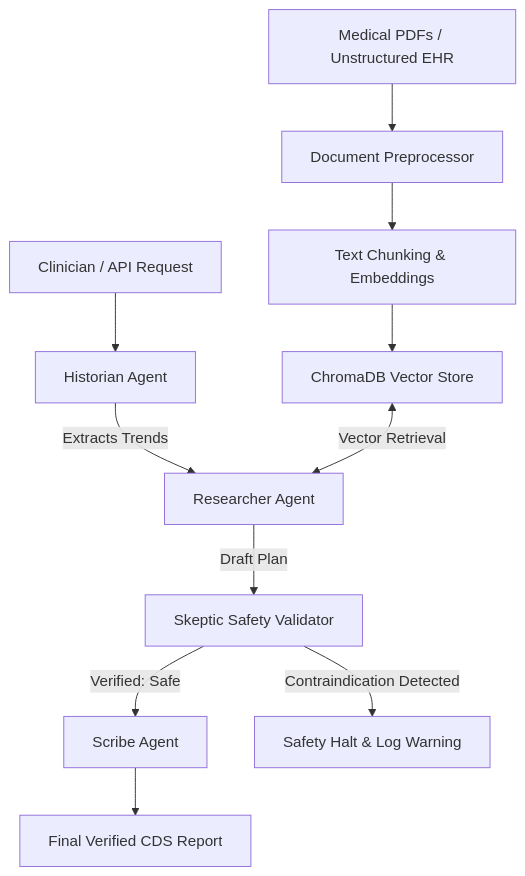
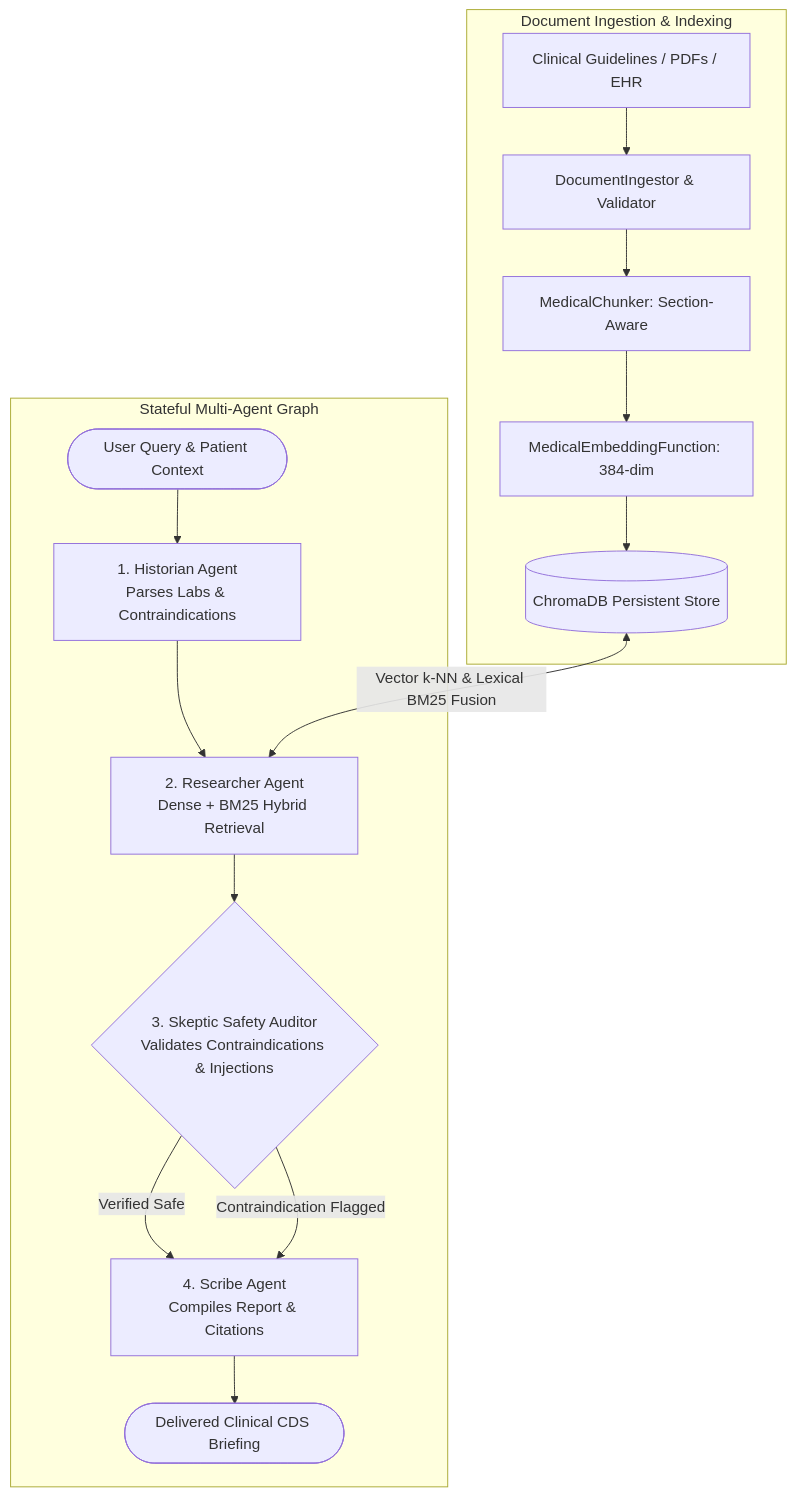
The first of 2 diagrams in README.md (AbhijeetArunGore/Agentic_Medical_RAG), drawn with Mermaid before and after one commit. The commit also changed other lines of this file and 69 other files, not shown here.

First line of the commit message:
feat: upgrade clinical agentic RAG with evaluation, persistence safety, and live demo (#1)

````diff
--- a/README.md
+++ b/README.md
@@ -59,16 +172,20 @@
 ```mermaid
 flowchart TD
-    A[Medical PDFs / Unstructured EHR] --> B[Document Preprocessor]
-    B --> C[Text Chunking & Embeddings]
-    C --> D[ChromaDB Vector Store]
+    subgraph Ingestion [Document Ingestion & Indexing]
+        Docs[Clinical Guidelines / PDFs / EHR] --> Ingestor[DocumentIngestor & Validator]
+        Ingestor --> Chunker[MedicalChunker: Section-Aware]
+        Chunker --> Embeddings[MedicalEmbeddingFunction: 384-dim]
+        Embeddings --> Chroma[(ChromaDB Persistent Store)]
+    end
 
-    U[Clinician / API Request] --> H[Historian Agent]
-    H -->|Extracts Trends| R[Researcher Agent]
-    D <-->|Vector Retrieval| R
-    R -->|Draft Plan| S[Skeptic Safety Validator]
+    subgraph LangGraphWorkflow [Stateful Multi-Agent Graph]
+        Start([User Query & Patient Context]) --> Historian[1. Historian Agent\nParses Labs & Contraindications]
+        Historian --> Researcher[2. Researcher Agent\nDense + BM25 Hybrid Retrieval]
+        Chroma <-->|Vector k-NN & Lexical BM25 Fusion| Researcher
+        Researcher --> Skeptic{3. Skeptic Safety Auditor\nValidates Contraindications & Injections}
 
-    S -->|Verified: Safe| SC[Scribe Agent]
-    S -->|Contraindication Detected| HALT[Safety Halt & Log Warning]
-
-    SC --> F[Final Verified CDS Report]
+        Skeptic -->|Verified Safe| Scribe[4. Scribe Agent\nCompiles Report & Citations]
+        Skeptic -->|Contraindication Flagged| Scribe
+        Scribe --> Delivery([Delivered Clinical CDS Briefing])
+    end
 ```
````
